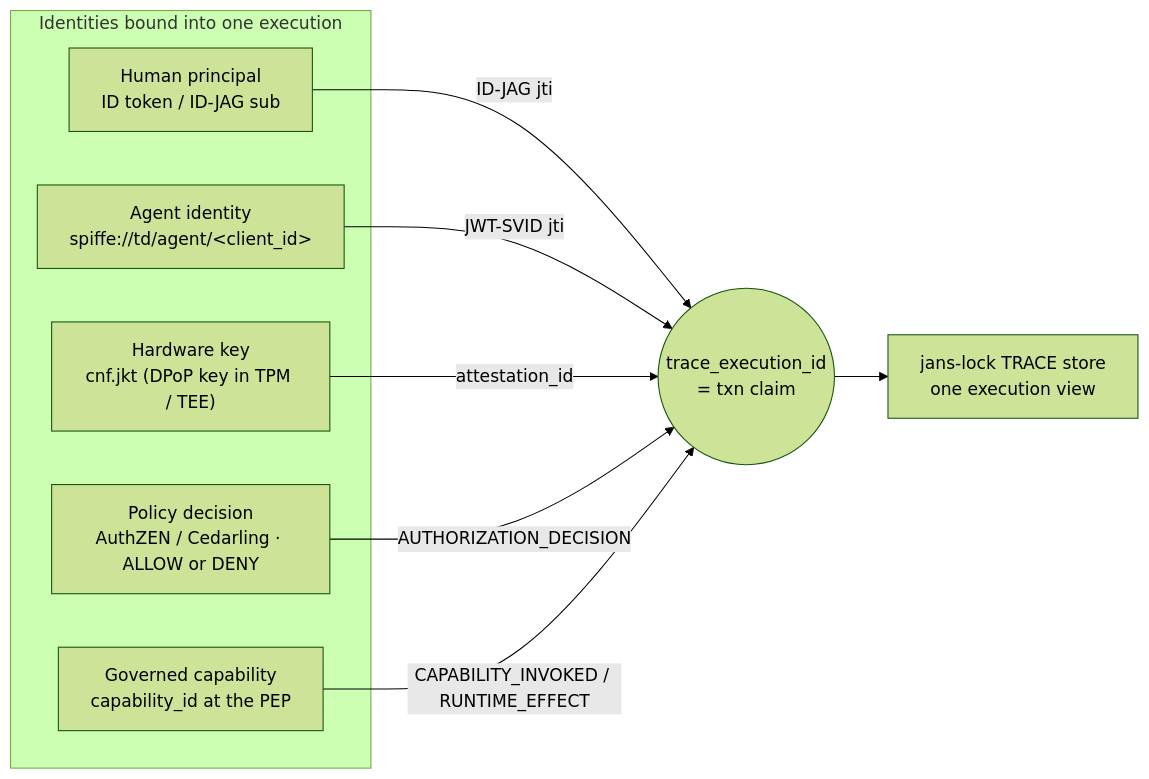
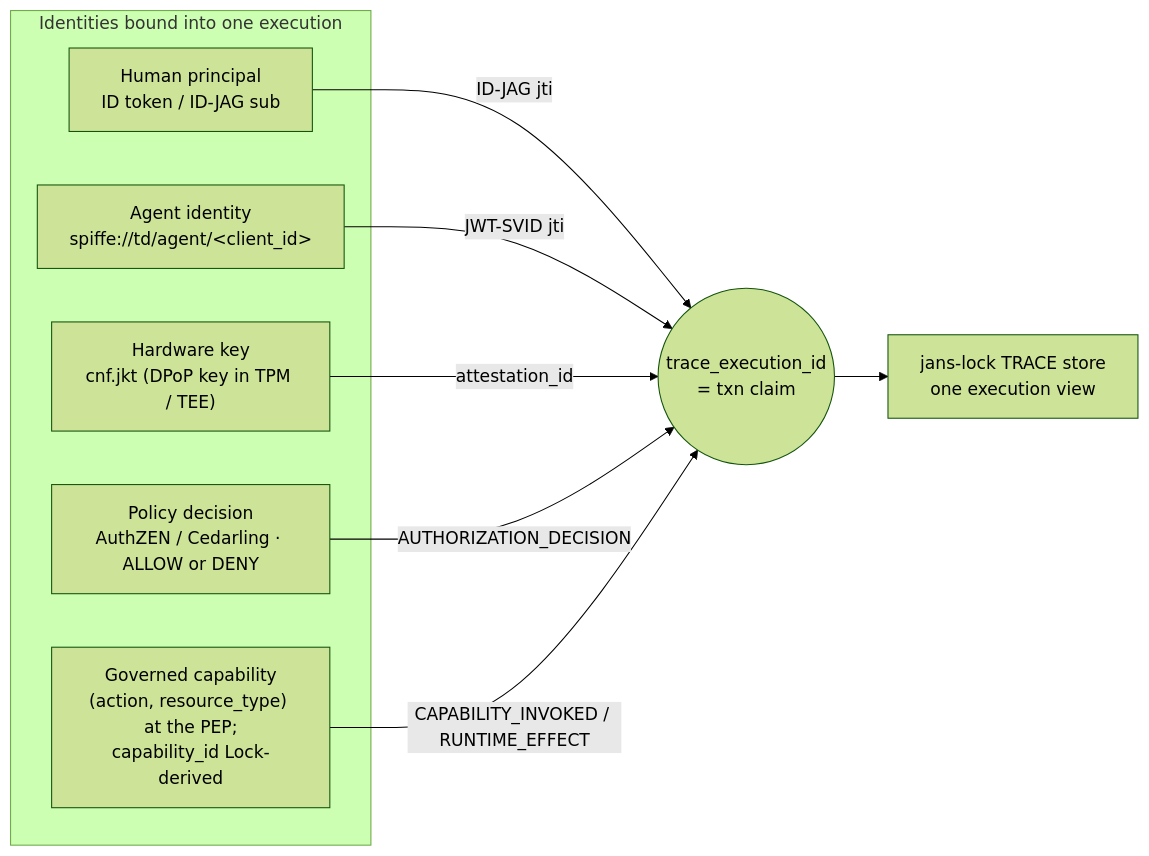
Before and after one commit to nynymike/lock-server-design: the first of 6 diagrams in hardware-anchored-identity.md, drawn with Mermaid (forest theme). The commit also changed other lines of this file, not shown here.

First line of the commit message:
Conform hardware-anchored identity TRACE records to the GovOps schema

````diff
--- a/hardware-anchored-identity.md
+++ b/hardware-anchored-identity.md
@@ -88,17 +88,17 @@
 ```mermaid
 flowchart LR
     subgraph IDS["Identities bound into one execution"]
         H["Human principal<br/>ID token / ID-JAG sub"]
         A["Agent identity<br/>spiffe://td/agent/&lt;client_id&gt;"]
         K["Hardware key<br/>cnf.jkt (DPoP key in TPM / TEE)"]
         P["Policy decision<br/>AuthZEN / Cedarling · ALLOW or DENY"]
-        C["Governed capability<br/>capability_id at the PEP"]
+        C["Governed capability<br/>(action, resource_type) at the PEP;<br/>capability_id Lock-derived"]
     end
     X(("trace_execution_id<br/>= txn claim"))
     H -- "ID-JAG jti" --> X
     A -- "JWT-SVID jti" --> X
     K -- "attestation_id" --> X
     P -- "AUTHORIZATION_DECISION" --> X
     C -- "CAPABILITY_INVOKED / RUNTIME_EFFECT" --> X
     X --> L["jans-lock TRACE store<br/>one execution view"]
 ```
````
